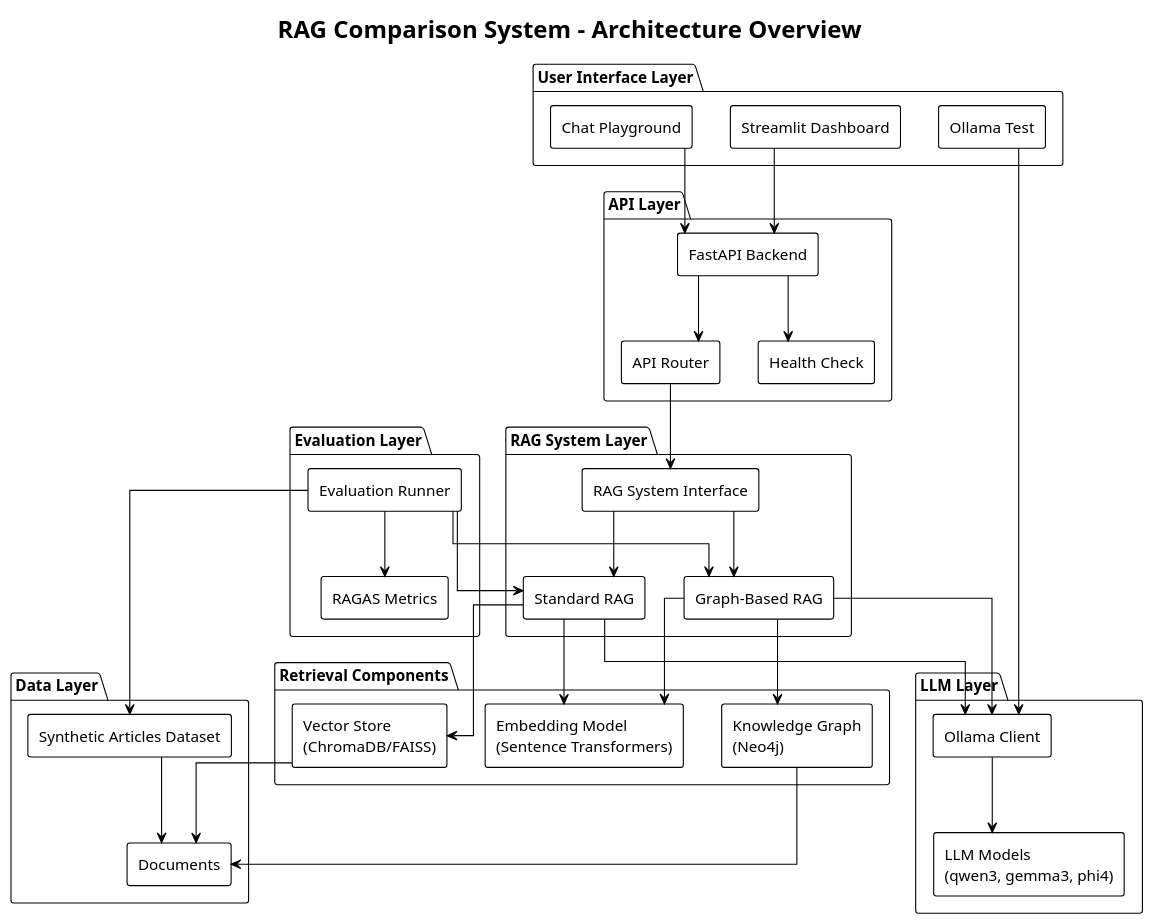
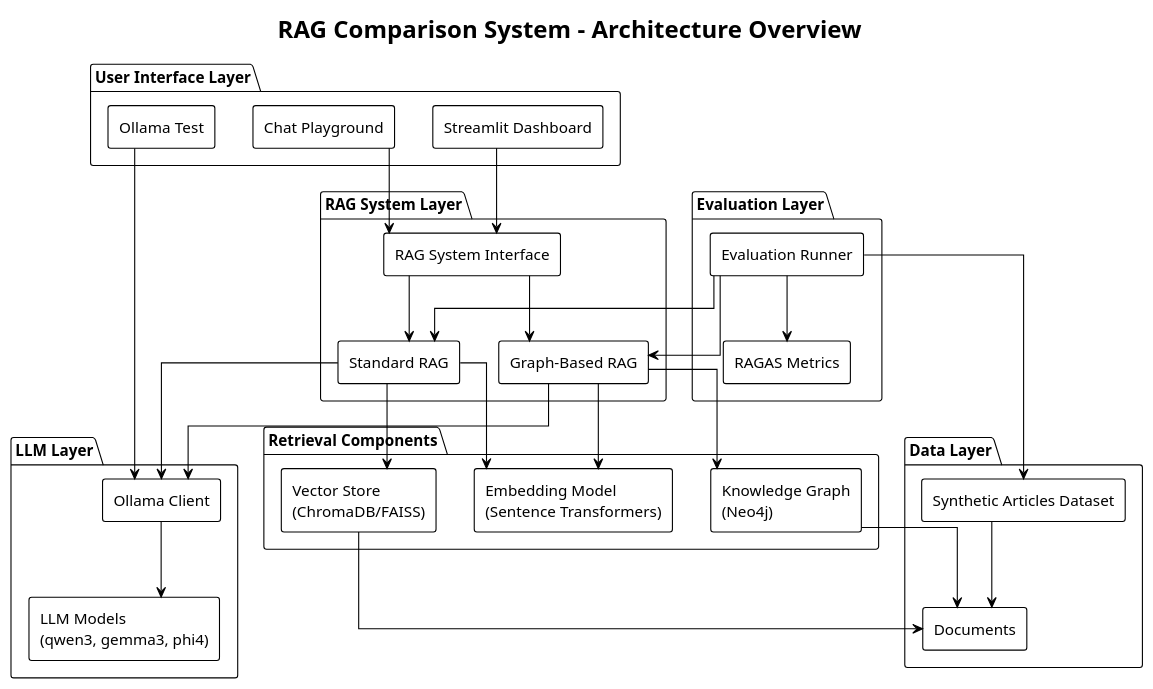
Before and after one commit to shubhra2/RAG_Comparision: the diagram in docs/diagrams/system_architecture.puml, drawn with PlantUML. The commit also changed 11 other files, not shown here.

```diff
--- a/docs/diagrams/system_architecture.puml
+++ b/docs/diagrams/system_architecture.puml
@@ -1,81 +1,71 @@
 @startuml System Architecture
 !theme plain
 skinparam componentStyle rectangle
 skinparam linetype ortho
 
 title RAG Comparison System - Architecture Overview
 
 package "User Interface Layer" {
   component [Streamlit Dashboard] as Dashboard
   component [Chat Playground] as Chat
   component [Ollama Test] as OllamaTest
 }
 
-package "API Layer" {
-  component [FastAPI Backend] as API
-  component [API Router] as Router
-  component [Health Check] as Health
-}
 
 package "RAG System Layer" {
   component [Standard RAG] as StandardRAG
   component [Graph-Based RAG] as GraphRAG
   component [RAG System Interface] as RAGInterface
 }
 
 package "Retrieval Components" {
   component [Vector Store\n(ChromaDB/FAISS)] as VectorStore
   component [Knowledge Graph\n(Neo4j)] as KnowledgeGraph
   component [Embedding Model\n(Sentence Transformers)] as Embeddings
 }
 
 package "LLM Layer" {
   component [Ollama Client] as OllamaClient
   component [LLM Models\n(qwen3, gemma3, phi4)] as LLM
 }
 
 package "Evaluation Layer" {
   component [RAGAS Metrics] as RAGAS
   component [Evaluation Runner] as EvalRunner
 }
 
 package "Data Layer" {
   database [Synthetic Articles Dataset] as Dataset
   database [Documents] as Documents
 }
 
 ' User Interface connections
-Dashboard --> API
-Chat --> API
+Dashboard --> RAGInterface
+Chat --> RAGInterface
 OllamaTest --> OllamaClient
-
-' API connections
-API --> Router
-API --> Health
-Router --> RAGInterface
 
 ' RAG System connections
 RAGInterface --> StandardRAG
 RAGInterface --> GraphRAG
 StandardRAG --> VectorStore
 GraphRAG --> KnowledgeGraph
 StandardRAG --> Embeddings
 GraphRAG --> Embeddings
 
 ' LLM connections
 StandardRAG --> OllamaClient
 GraphRAG --> OllamaClient
 OllamaClient --> LLM
 
 ' Evaluation connections
 EvalRunner --> StandardRAG
 EvalRunner --> GraphRAG
 EvalRunner --> RAGAS
 EvalRunner --> Dataset
 
 ' Data connections
 VectorStore --> Documents
 KnowledgeGraph --> Documents
 Dataset --> Documents
 
 @enduml
```
